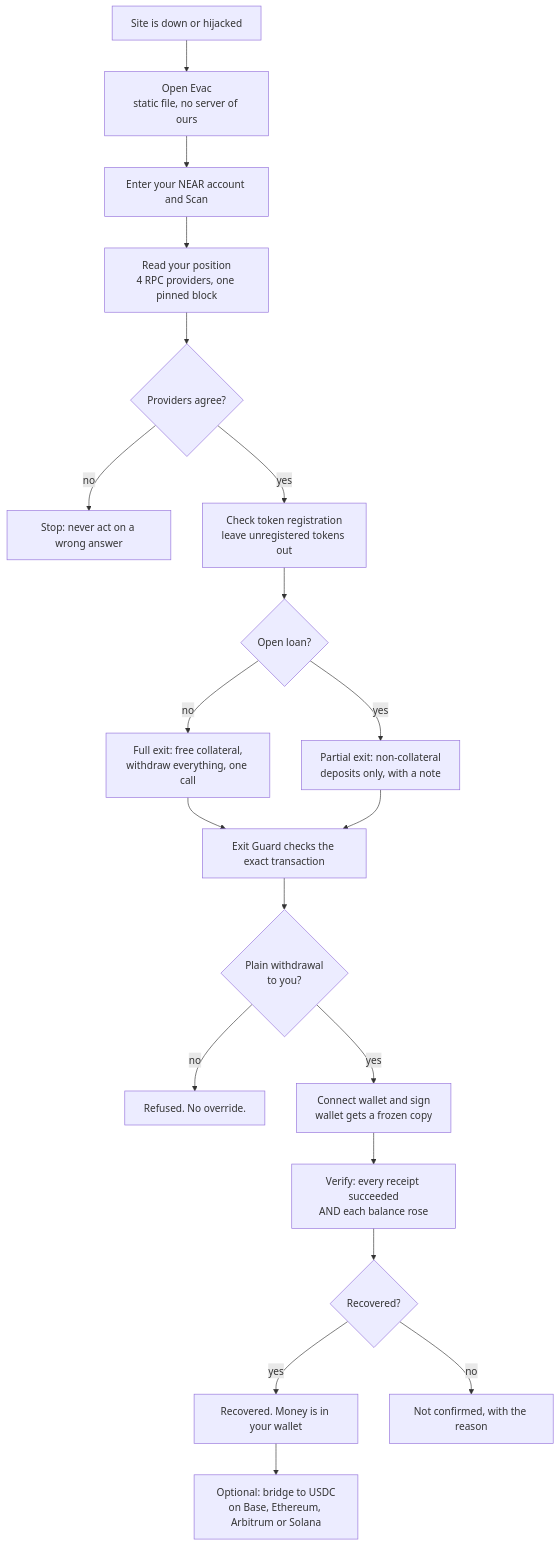
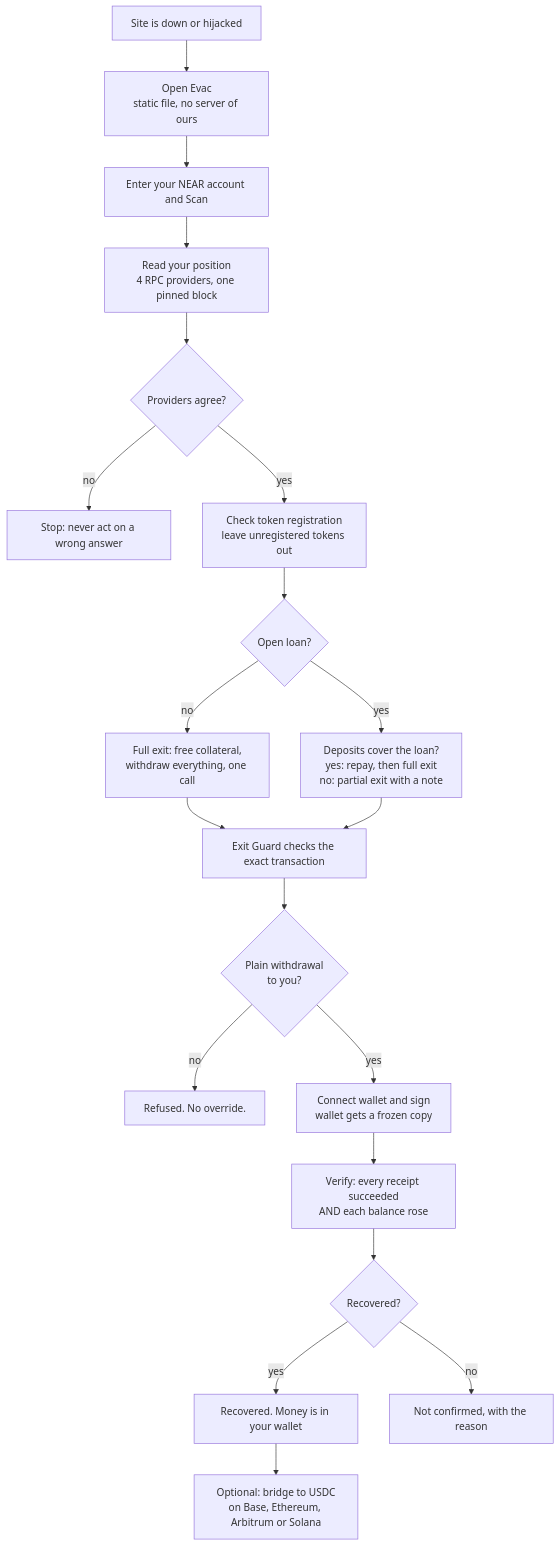
The first of 3 diagrams in FLOW.md (ayushsingh82/Evac), drawn with Mermaid before and after one commit. The commit also changed other lines of this file and 3 other files, not shown here.

Commit message:
docs(site): hijacked-or-gone wording, comparison and proof tables, loan-exit docs

````diff
--- a/FLOW.md
+++ b/FLOW.md
@@ -16,22 +16,22 @@
 ```mermaid
 flowchart TD
     A["Site is down or hijacked"] --> B["Open Evac<br/>static file, no server of ours"]
     B --> C["Enter your NEAR account and Scan"]
     C --> D["Read your position<br/>4 RPC providers, one pinned block"]
     D --> E{"Providers agree?"}
     E -- "no" --> X1["Stop: never act on a wrong answer"]
     E -- "yes" --> F["Check token registration<br/>leave unregistered tokens out"]
     F --> G{"Open loan?"}
     G -- "no" --> H["Full exit: free collateral,<br/>withdraw everything, one call"]
-    G -- "yes" --> I["Partial exit: non-collateral<br/>deposits only, with a note"]
+    G -- "yes" --> I["Deposits cover the loan?<br/>yes: repay, then full exit<br/>no: partial exit with a note"]
     H --> J["Exit Guard checks the exact transaction"]
     I --> J
     J --> K{"Plain withdrawal<br/>to you?"}
     K -- "no" --> X2["Refused. No override."]
     K -- "yes" --> L["Connect wallet and sign<br/>wallet gets a frozen copy"]
     L --> M["Verify: every receipt succeeded<br/>AND each balance rose"]
     M --> N{"Recovered?"}
     N -- "yes" --> O["Recovered. Money is in your wallet"]
     N -- "no" --> X3["Not confirmed, with the reason"]
     O --> P["Optional: bridge to USDC<br/>on Base, Ethereum, Arbitrum or Solana"]
 ```
````
